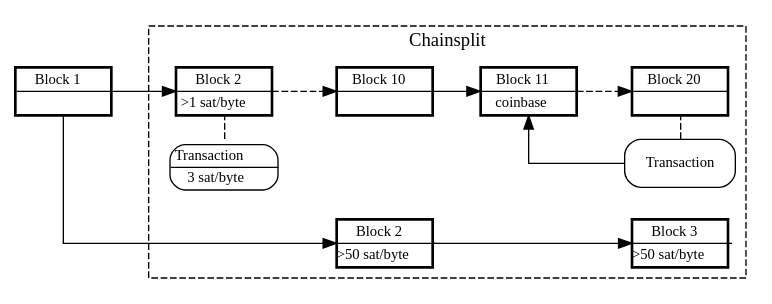
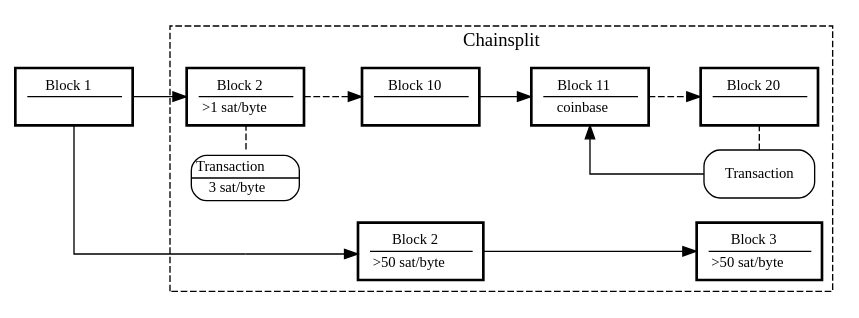
The diagram in taproot/split.dot (Sjors/nado-book), drawn with Graphviz before and after one commit. The commit also changed 1 other file, not shown here.

Commit message:
taproot: drop fixedsize for split image

```diff
--- a/taproot/split.dot
+++ b/taproot/split.dot
@@ -1,87 +1,87 @@
 digraph {
     node [fontsize=11 ]
 
     splines=ortho
 
     tx [shape=plaintext label=<
            <table border="1" cellborder="0" cellspacing="0" style="rounded">
              <tr><td> Transaction </td></tr><hr/>
              <tr><td>3 sat/byte</td></tr>
            </table>>]
 
     tx2 [shape=box style="rounded" label="Transaction"]
 
-    node [fixedsize=true width=1 shape=box style="bold"]
+    node [width=1.2 shape=box style="bold"]
     edge [fontsize=11];
 
     rankdir="LR";
 
     1  [label=<
            <table border="0" cellborder="0" cellspacing="1">
              <tr><td width="70">Block 1</td></tr><hr/>
              <tr><td> </td></tr>
            </table>>]
 
     a2  [label=<
           <table border="0" cellborder="0" cellspacing="1">
             <tr><td width="70">Block 2</td></tr><hr/>
             <tr><td>&gt;1 sat/byte</td></tr>
           </table>>]
     a10  [label=<
           <table border="0" cellborder="0" cellspacing="1">
             <tr><td width="70">Block 10</td></tr><hr/>
             <tr><td> </td></tr>
           </table>>]
     a11  [label=<
           <table border="0" cellborder="0" cellspacing="1">
             <tr><td width="70">Block 11</td></tr><hr/>
             <tr><td>coinbase</td></tr>
           </table>>]
     a20  [label=<
           <table border="0" cellborder="0" cellspacing="1">
             <tr><td width="70">Block 20</td></tr><hr/>
             <tr><td> </td></tr>
           </table>>]
 
     b_dummy [style=invis]
 
     b2  [label=<
           <table border="0" cellborder="0" cellspacing="1">
             <tr><td width="70">Block 2</td></tr><hr/>
             <tr><td>&gt;50 sat/byte</td></tr>
           </table>>]
     b3  [label=<
           <table border="0" cellborder="0" cellspacing="1">
             <tr><td width="70">Block 3</td></tr><hr/>
             <tr><td>&gt;50 sat/byte</td></tr>
           </table>>]
 
     subgraph cluster_split {
         label="Chainsplit"
         style=dashed
 
         edge[weight=3 group=blocks]
         a2 -> a10 [style=dashed]
         a10 -> a11
         a11 -> a20 [style=dashed]
 
         edge[weight=2 group=blocks]
         b_dummy -> b2 [tailclip=false]
         b2 -> b3
 
         { rank=same a10 b2 }
         { rank=same a20 b3 tx2 }
         { rank=same a2 tx b_dummy }
 
         tx -> a2 [arrowhead=none style=dashed]
         tx2 -> a20 [arrowhead=none style=dashed]
         tx2 -> a11
 
     }
 
     edge[weight=3 group=blocks]
     1 -> a2
 
     edge[weight=2 group=blocks headclip=false]
     1 -> b_dummy [arrowhead=none]
 }
```
